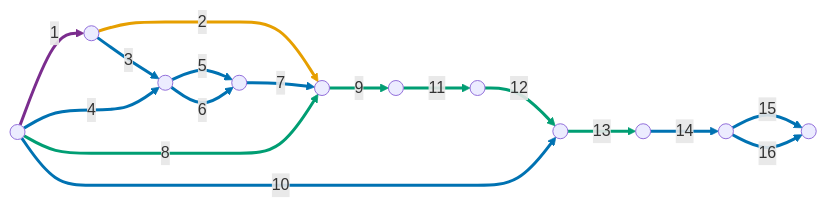
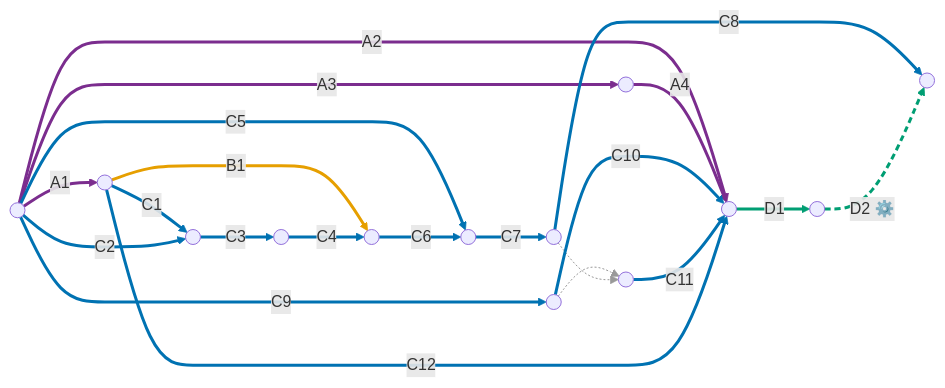
One commit to monamienet/monamie-app changed the diagram in docs/pt-br/publicar-teste-interno.md. Above: the diagram before and after it, drawn with Mermaid. The commit also changed other lines of this file and 5 other files, not shown here.

````diff
--- a/docs/pt-br/publicar-teste-interno.md
+++ b/docs/pt-br/publicar-teste-interno.md
@@ -220,45 +25,50 @@
 ```mermaid
 flowchart LR
-    A((" "))
-    B((" "))
-    H((" "))
-    I((" "))
-    K((" "))
-    L((" "))
-    M((" "))
-    O((" "))
-    P((" "))
-    Q((" "))
-    R((" "))
+    nS((" "))
+    nK((" "))
+    nW((" "))
+    nF1((" "))
+    nF2((" "))
+    nB((" "))
+    nU((" "))
+    nP((" "))
+    nSA((" "))
+    nI((" "))
+    nCI((" "))
+    nM((" "))
+    nE((" "))
 
-    A -->|1| B
-    A -->|4| H
-    A -->|8| K
-    A -->|10| O
+    nS -->|A1| nK
+    nS -->|A2| nCI
+    nS -->|A3| nW
+    nW -->|A4| nCI
+    nK -->|B1| nB
+    nK -->|C1| nF1
+    nS -->|C2| nF1
+    nF1 -->|C3| nF2
+    nF2 -->|C4| nB
+    nS -->|C5| nU
+    nB -->|C6| nU
+    nU -->|C7| nP
+    nP -->|C8| nE
+    nS -->|C9| nSA
+    nSA -.-> nI
+    nP -.-> nI
+    nSA -->|C10| nCI
+    nI -->|C11| nCI
+    nK -->|C12| nCI
+    nCI -->|D1| nM
+    nM -->|D2 ⚙️| nE
 
-    B -->|2| K
-    B -->|3| H
-
-    H -->|5| I
-    H -->|6| I
-
-    I -->|7| K
-
-    K -->|9| L
-    L -->|11| M
-    M -->|12| O
-
-    O -->|13| P
-    P -->|14| Q
-    Q -->|15| R
-    Q -->|16| R
-
-    %% 1 vez na empresa (roxo)
-    linkStyle 0 stroke:#7b2d8e,stroke-width:3px
-    %% 1 vez por máquina (laranja)
+    %% uma vez para a empresa (roxo)
+    linkStyle 0,1,2,3 stroke:#7b2d8e,stroke-width:3px
+    %% uma vez por máquina (laranja)
     linkStyle 4 stroke:#e69f00,stroke-width:3px
-    %% 1 vez por app (azul)
-    linkStyle 1,3,5,6,7,8,13,14,15 stroke:#0072b2,stroke-width:3px
-    %% a cada versão (verde)
-    linkStyle 2,9,10,11,12 stroke:#009e73,stroke-width:3px
+    %% uma vez por app (azul)
+    linkStyle 5,6,7,8,9,10,11,12,13,16,17,18 stroke:#0072b2,stroke-width:3px
+    %% só dependência, sem trabalho (cinza)
+    linkStyle 14,15 stroke:#999999,stroke-width:1px
+    %% a cada versão: manual (verde) e automático (verde tracejado)
+    linkStyle 19 stroke:#009e73,stroke-width:3px
+    linkStyle 20 stroke:#009e73,stroke-width:3px,stroke-dasharray:6 4
 ```
````
